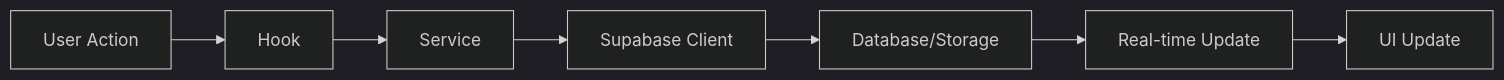
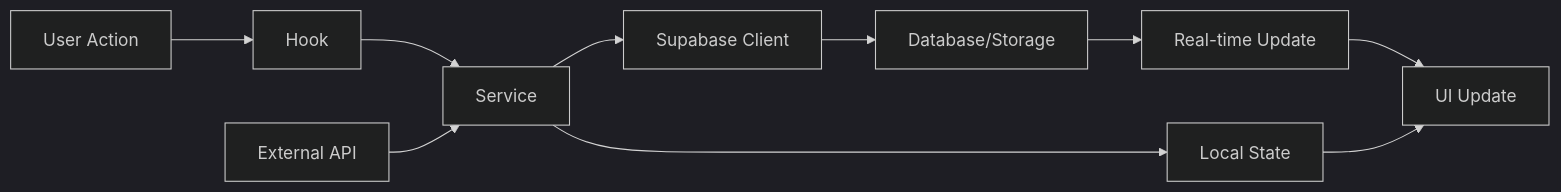
Before and after one commit to moonback/project-SocialCart: the second of 5 diagrams in ARCHITECTURE.md, drawn with Mermaid (dark theme). The commit also changed other lines of this file and 5 other files, not shown here.

First line of the commit message:
Update API documentation and architecture overview for enhanced clarity and completeness

````diff
--- a/ARCHITECTURE.md
+++ b/ARCHITECTURE.md
@@ -91,9 +121,13 @@
 ```mermaid
 graph LR
     A[User Action] --> B[Hook]
     B --> C[Service]
     C --> D[Supabase Client]
     D --> E[Database/Storage]
     E --> F[Real-time Update]
     F --> G[UI Update]
+    
+    H[External API] --> C
+    C --> I[Local State]
+    I --> G
 ```
````
